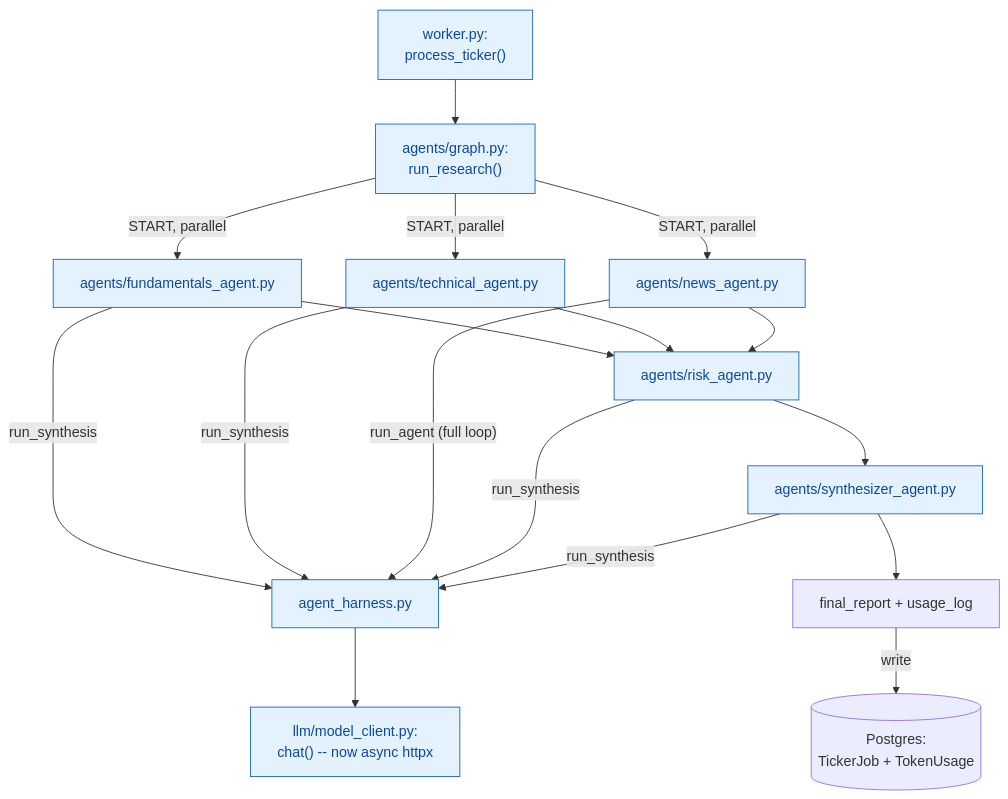
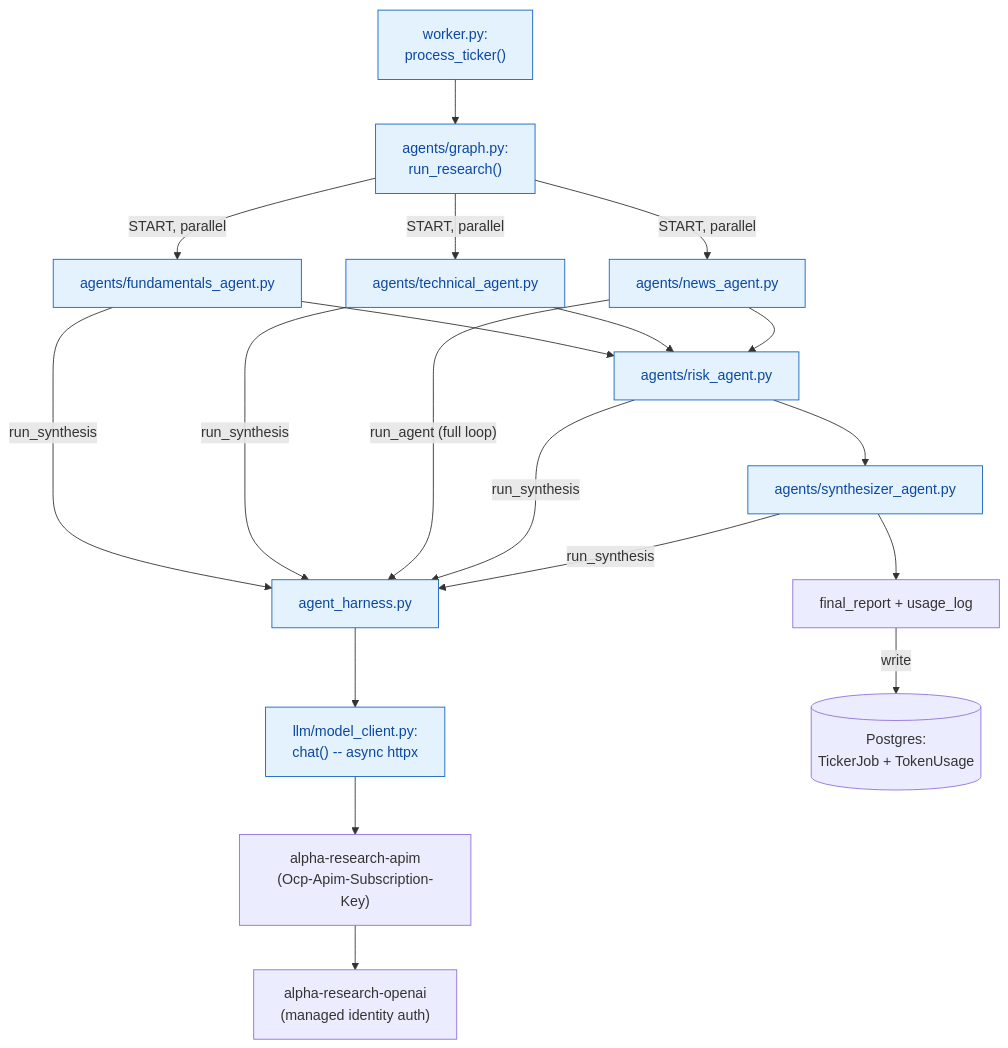
Before and after one commit to jovinod/agenticAI: the second of 5 diagrams in book/chapter-05-multi-agent.md, drawn with Mermaid. The commit also changed other lines of this file and 3 other files, not shown here.

````diff
--- a/book/chapter-05-multi-agent.md
+++ b/book/chapter-05-multi-agent.md
@@ -220,26 +220,28 @@
 ```mermaid
 flowchart TD
     WorkerPy["worker.py:<br/>process_ticker()"] --> Graph["agents/graph.py:<br/>run_research()"]
 
     Graph -->|"START, parallel"| Fund["agents/fundamentals_agent.py"]
     Graph -->|"START, parallel"| Tech["agents/technical_agent.py"]
     Graph -->|"START, parallel"| News["agents/news_agent.py"]
 
     Fund -->|"run_synthesis"| Harness["agent_harness.py"]
     Tech -->|"run_synthesis"| Harness
     News -->|"run_agent (full loop)"| Harness
-    Harness --> ModelClient["llm/model_client.py:<br/>chat() -- now async httpx"]
+    Harness --> ModelClient["llm/model_client.py:<br/>chat() -- async httpx"]
+    ModelClient --> APIM["alpha-research-apim<br/>(Ocp-Apim-Subscription-Key)"]
+    APIM --> Foundry["alpha-research-openai<br/>(managed identity auth)"]
 
     Fund --> Risk["agents/risk_agent.py"]
     Tech --> Risk
     News --> Risk
     Risk -->|"run_synthesis"| Harness
 
     Risk --> Synth["agents/synthesizer_agent.py"]
     Synth -->|"run_synthesis"| Harness
     Synth --> Report["final_report + usage_log"]
     Report -->|"write"| PG[("Postgres:<br/>TickerJob + TokenUsage")]
 
     classDef file fill:#e3f2fd,stroke:#1565c0,color:#0d47a1
     class WorkerPy,Graph,Fund,Tech,News,Risk,Synth,Harness,ModelClient file
 ```
````
